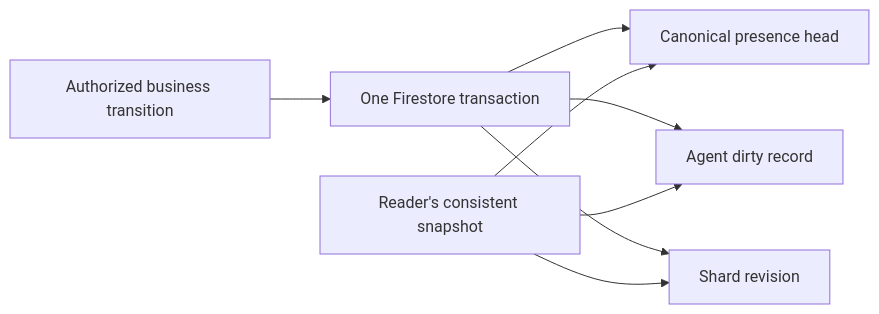
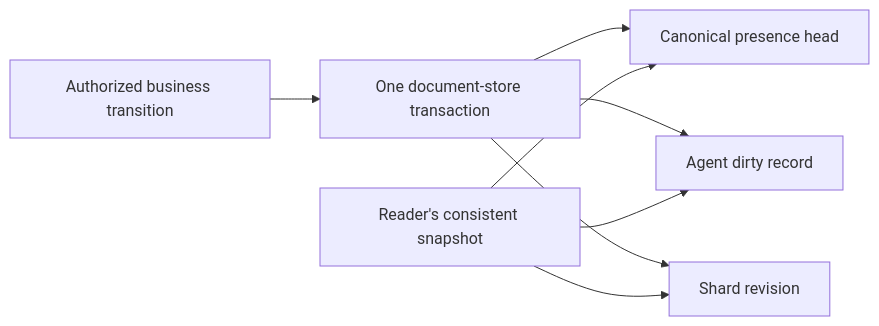
The fifth of 6 diagrams in docs/architecture/mcp-and-backend.md (latent-spaces/minions), drawn with Mermaid before and after one commit. The commit also changed other lines of this file, not shown here.

Commit message:
docs(architecture): align owner identity and storage boundaries

````diff
--- a/docs/architecture/mcp-and-backend.md
+++ b/docs/architecture/mcp-and-backend.md
@@ -564,10 +564,10 @@
 ```mermaid
 flowchart LR
-  Mutation["Authorized business transition"] --> Tx["One Firestore transaction"]
+  Mutation["Authorized business transition"] --> Tx["One document-store transaction"]
   Tx --> Head["Canonical presence head"]
   Tx --> Dirty["Agent dirty record"]
   Tx --> Shard["Shard revision"]
   Proof["Reader's consistent snapshot"] --> Head
   Proof --> Dirty
   Proof --> Shard
 ```
````
